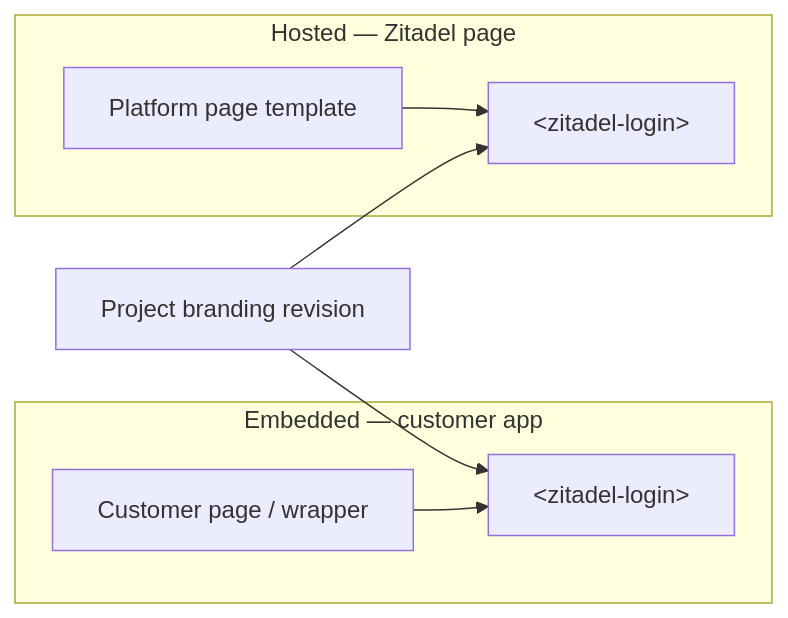
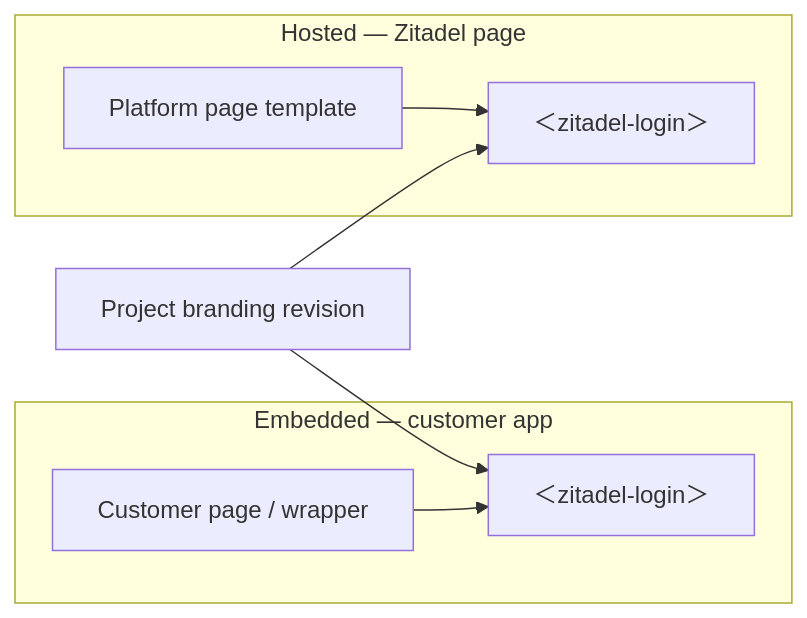
One commit to zitadel/nextgen changed the first of 5 diagrams in docs/design/branding/customization-strategy.md. Above: the diagram before and after it, drawn with Mermaid. The commit also changed other lines of this file, not shown here.

First line of the commit message:
docs: keep zitadel-login visible in mermaid HTML labels

````diff
--- a/docs/design/branding/customization-strategy.md
+++ b/docs/design/branding/customization-strategy.md
@@ -73,16 +73,16 @@
 ```mermaid
 flowchart LR
   subgraph embedded [Embedded — customer app]
     Page[Customer page / wrapper]
-    W1["#lt;zitadel-login#gt;"]
+    W1["＜zitadel-login＞"]
     Page --> W1
   end
   subgraph hosted [Hosted — Zitadel page]
     Shell[Platform page template]
-    W2["#lt;zitadel-login#gt;"]
+    W2["＜zitadel-login＞"]
     Shell --> W2
   end
   Branding[Project branding revision]
   Branding --> W1
   Branding --> W2
 ```
````
